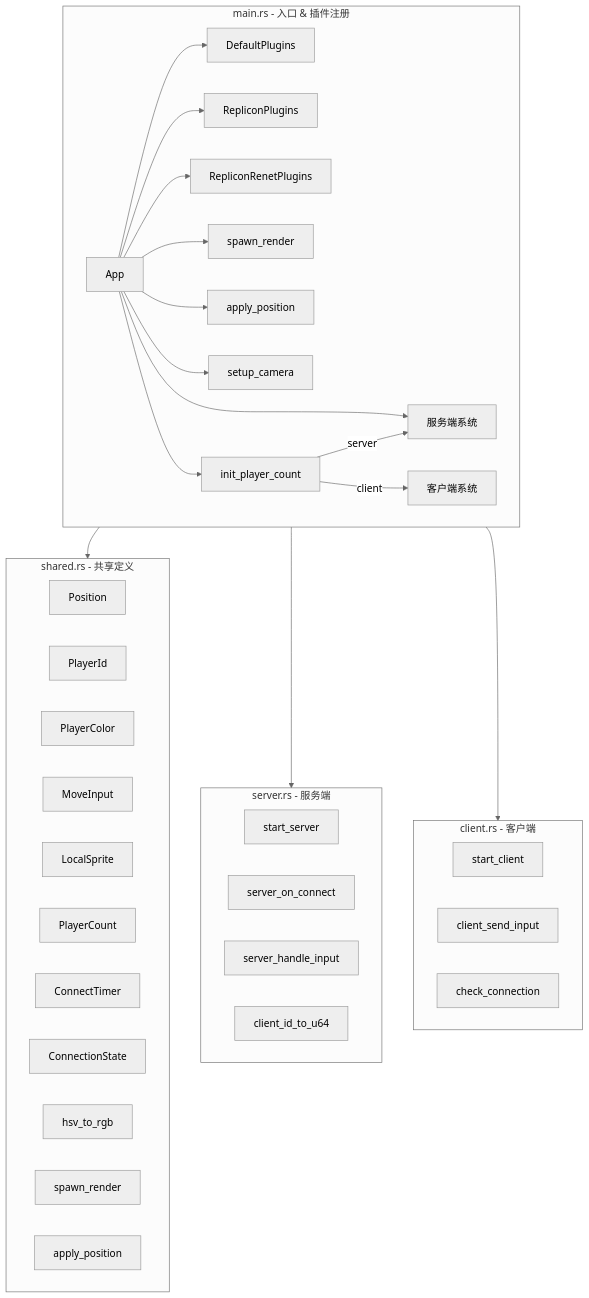
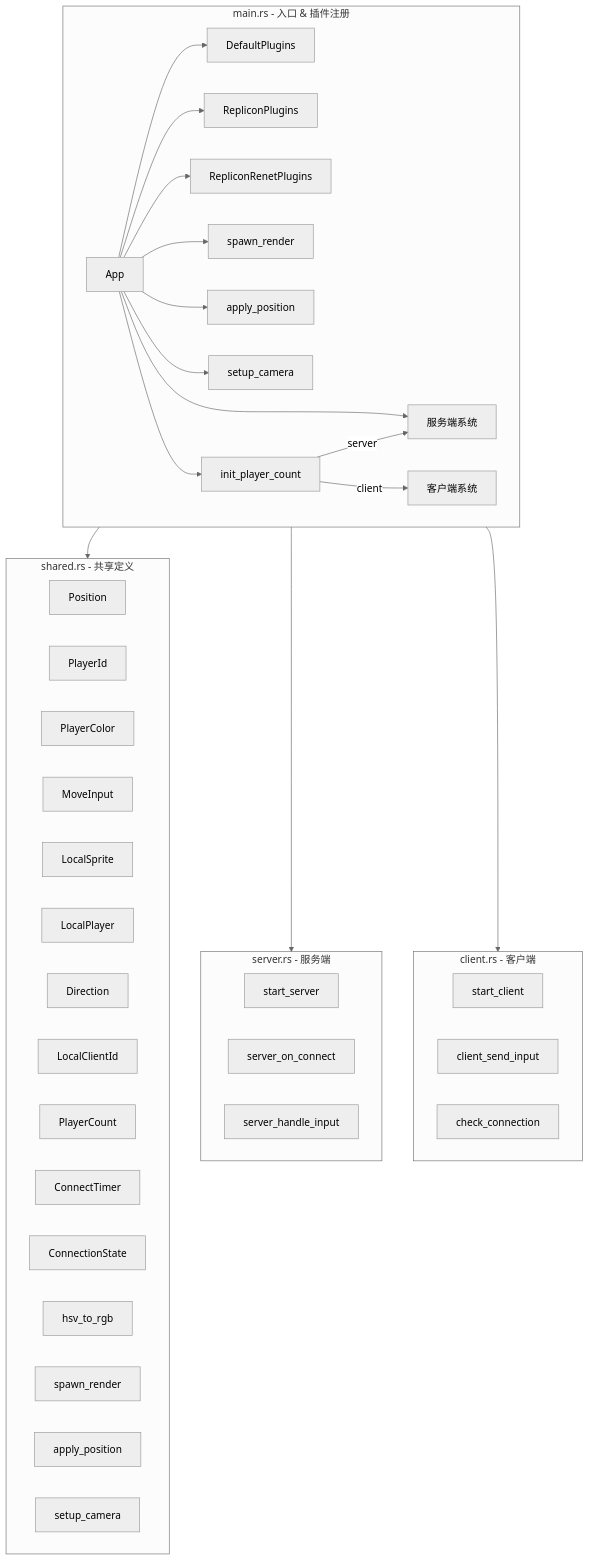
One commit to kindywu/simple_bevy changed the first of 6 diagrams in DESIGN.md. Above: the diagram before and after it, drawn with Mermaid (neutral theme). The commit also changed other lines of this file and 1 other file, not shown here.

````diff
--- a/DESIGN.md
+++ b/DESIGN.md
@@ -18,46 +18,49 @@
 ```mermaid
 graph TD
     subgraph main["main.rs - 入口 & 插件注册"]
         A[App] --> B[DefaultPlugins]
         A --> C[RepliconPlugins]
         A --> D[RepliconRenetPlugins]
         A --> E[spawn_render]
         A --> F[apply_position]
         A --> G[setup_camera]
         A --> H[init_player_count]
         A --> I{命令行参数}
         H -->|server| I[服务端系统]
         H -->|client| J[客户端系统]
     end
 
     subgraph shared["shared.rs - 共享定义"]
         K[Position]
         L[PlayerId]
         M[PlayerColor]
         N[MoveInput]
         O[LocalSprite]
-        P[PlayerCount]
-        Q[ConnectTimer]
-        R[ConnectionState]
-        S[hsv_to_rgb]
-        T[spawn_render]
-        U[apply_position]
+        P[LocalPlayer]
+        Q[Direction]
+        R[LocalClientId]
+        S[PlayerCount]
+        T[ConnectTimer]
+        U[ConnectionState]
+        V[hsv_to_rgb]
+        W[spawn_render]
+        X[apply_position]
+        Y[setup_camera]
     end
 
     subgraph server["server.rs - 服务端"]
-        V[start_server]
-        W[server_on_connect]
-        X[server_handle_input]
-        Y[client_id_to_u64]
+        Z[start_server]
+        AA[server_on_connect]
+        AB[server_handle_input]
     end
 
     subgraph client["client.rs - 客户端"]
-        Z[start_client]
-        AA[client_send_input]
-        AB[check_connection]
+        AC[start_client]
+        AD[client_send_input]
+        AE[check_connection]
     end
 
     main --> shared
     main --> server
     main --> client
 ```
````
